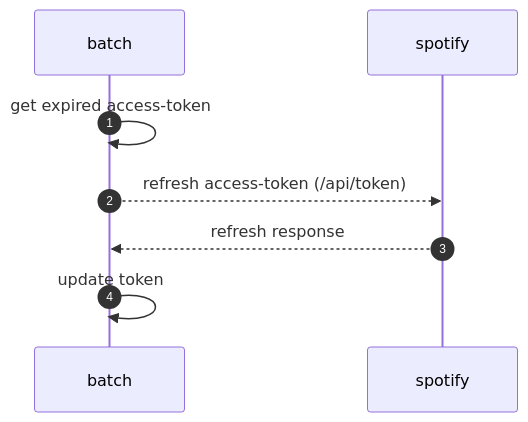
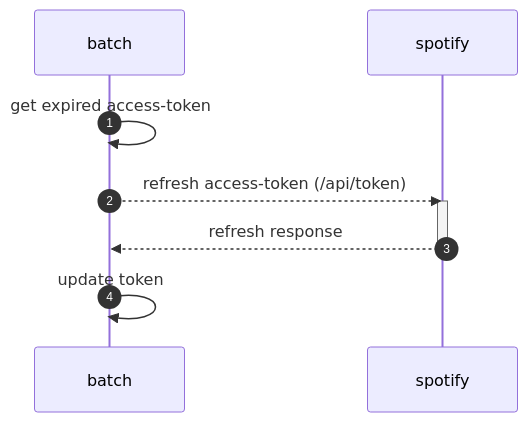
The first of 3 diagrams in README.md (songspy/songspy), drawn with Mermaid before and after one commit. The commit also changed other lines of this file, not shown here.

````diff
--- a/README.md
+++ b/README.md
@@ -19,12 +19,14 @@
 ```mermaid
 sequenceDiagram
   participant batch
   participant spotify
 
   autonumber
 
   batch ->> batch: get expired access-token
   batch -->> spotify: refresh access-token (/api/token)
+  activate spotify
   spotify -->> batch: refresh response
+  deactivate spotify
   batch ->> batch: update token
 ```
````
